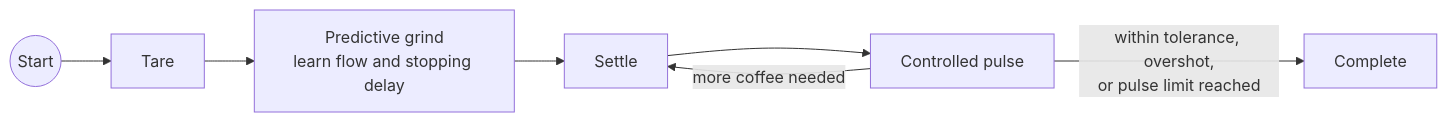
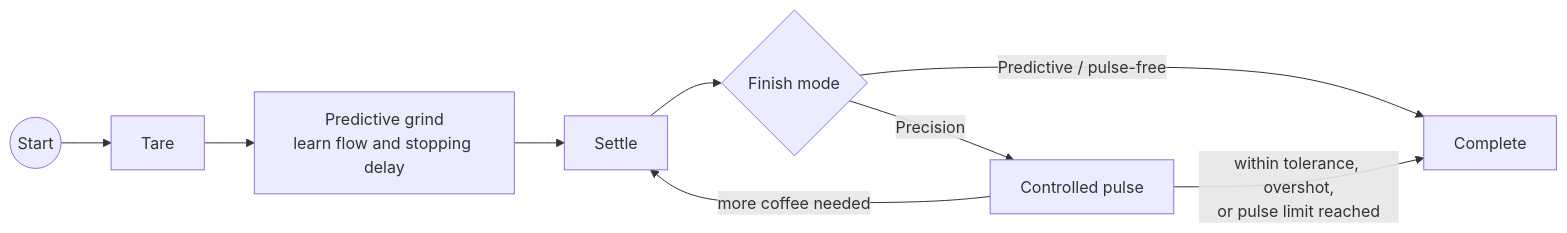
One commit to Clinteastman/smart-grind-by-weight changed the diagram in README.md. Above: the diagram before and after it, drawn with Mermaid. The commit also changed other lines of this file and 23 other files, not shown here.

Commit message:
Add optional pulse-free predictive finish

````diff
--- a/README.md
+++ b/README.md
@@ -168,9 +169,11 @@
 ```mermaid
 flowchart LR
   start((Start)) --> T[Tare]
   T --> E[Predictive grind<br/>learn flow and stopping delay]
   E --> S[Settle]
-  S --> P[Controlled pulse]
+  S --> M{Finish mode}
+  M -->|Predictive / pulse-free| C
+  M -->|Precision| P[Controlled pulse]
   P -->|within tolerance, overshot,<br/>or pulse limit reached| C[Complete]
   P -->|more coffee needed| S
 ```
````
